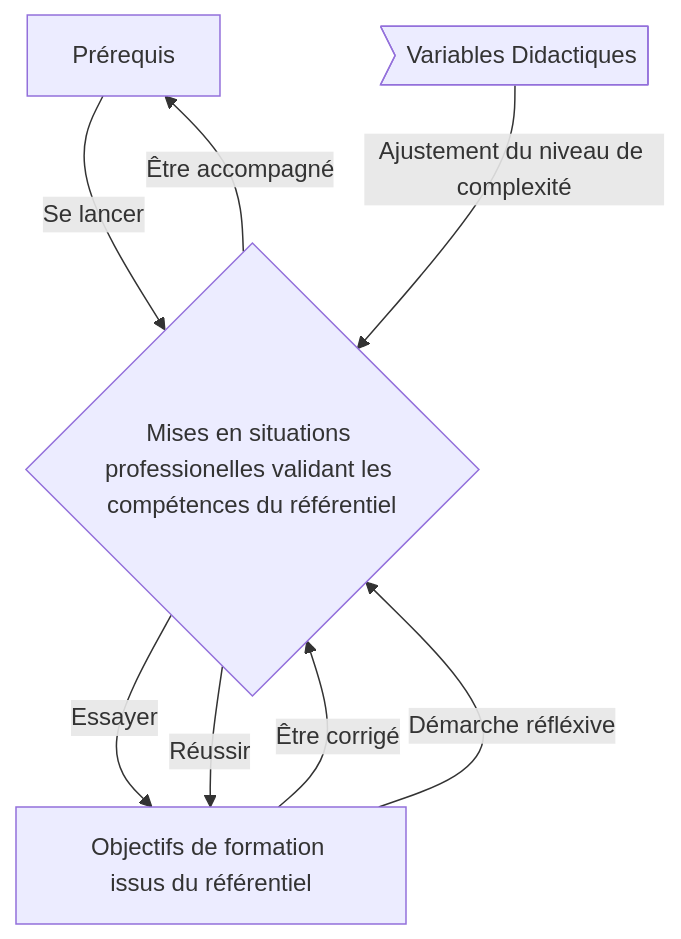
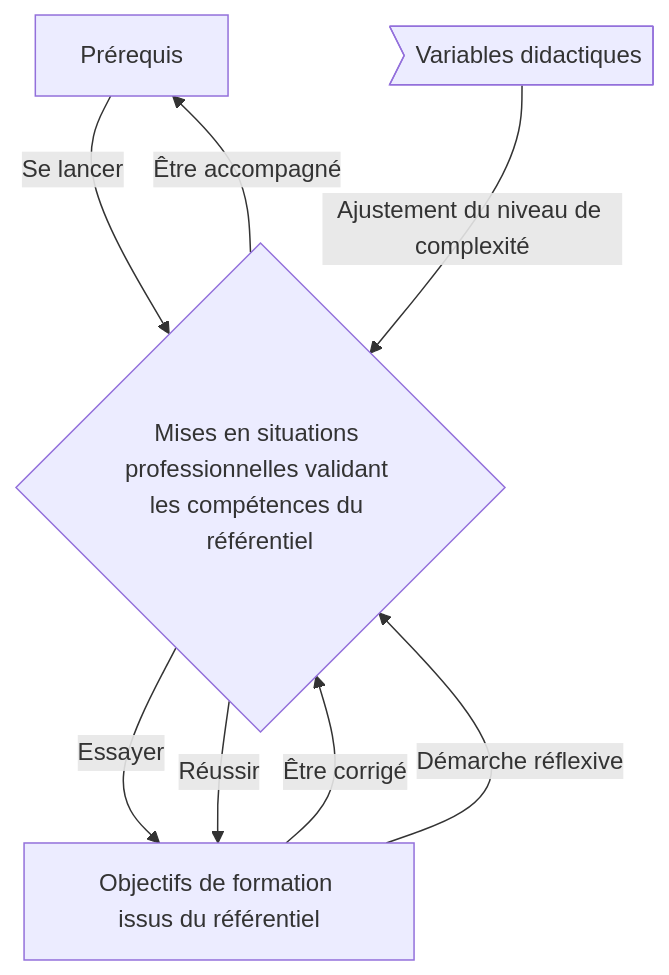
Before and after one commit to Aif4thah/Dojo-101: the first of 2 diagrams in Dojo-101-Apprentissage/README.md, drawn with Mermaid. The commit also changed other lines of this file, not shown here.

````diff
--- a/Dojo-101-Apprentissage/README.md
+++ b/Dojo-101-Apprentissage/README.md
@@ -26,10 +28,10 @@
 ```mermaid
 flowchart TD
-    A[Prérequis] -->|Se lancer| B{Mises en situations professionelles validant les compétences du référentiel}
+    A[Prérequis] -->|Se lancer| B{Mises en situations professionnelles validant les compétences du référentiel}
     B --> |Essayer| C[Objectifs de formation issus du référentiel]
     B --> |Être accompagné| A
     B --> |Réussir| C
     C --> |Être corrigé| B
-    C --> |Démarche réfléxive| B
-    D>Variables Didactiques] --> |Ajustement du niveau de complexité| B
+    C --> |Démarche réflexive| B
+    D>Variables didactiques] --> |Ajustement du niveau de complexité| B
 ```
````
